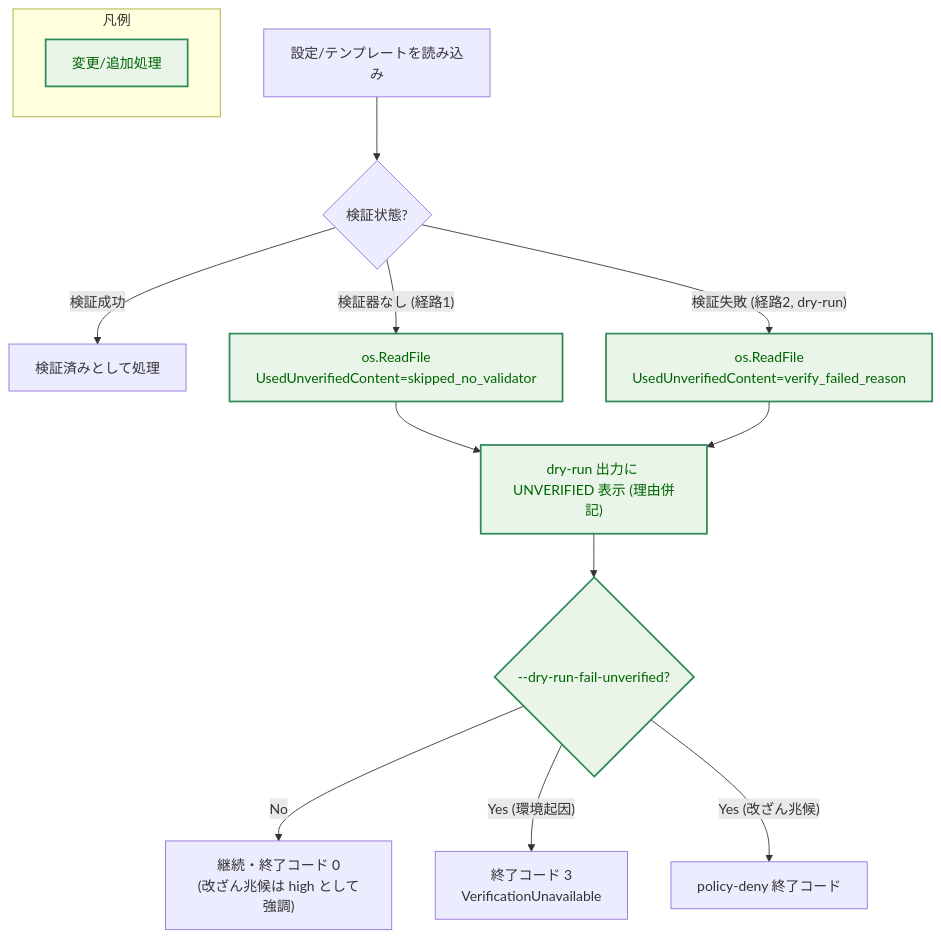
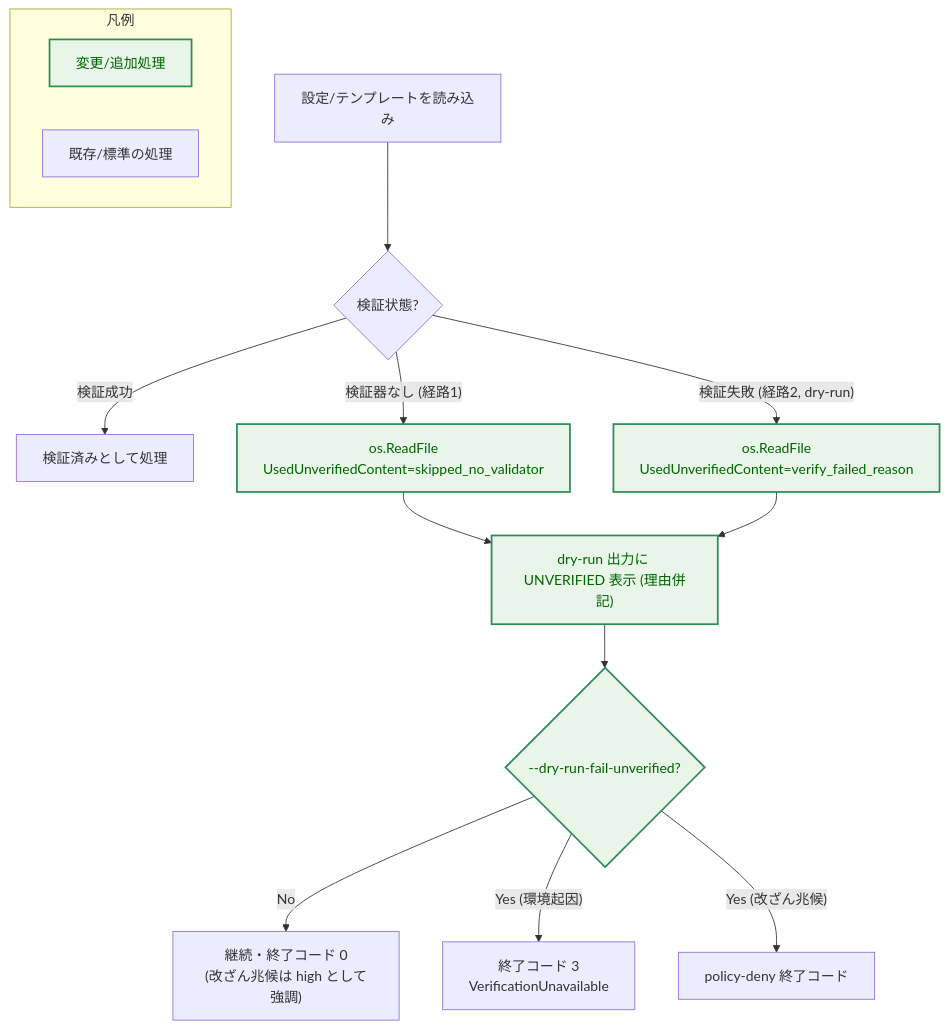
Before and after one commit to isseis/go-safe-cmd-runner: the eighth of 8 diagrams in docs/tasks/0146_security_hardning/02_architecture.md, drawn with Mermaid. The commit also changed other lines of this file, not shown here.

First line of the commit message:
docs(0146): resolve fail-safe/fail-closed conflict and add Mermaid legend entries

````diff
--- a/docs/tasks/0146_security_hardning/02_architecture.md
+++ b/docs/tasks/0146_security_hardning/02_architecture.md
@@ -702,21 +707,22 @@
 ```mermaid
 flowchart TD
     classDef enhanced fill:#e8f5e8,stroke:#2e8b57,stroke-width:2px,color:#006400;
 
     V["設定/テンプレートを読み込み"] --> Path{"検証状態?"}
     Path -->|"検証成功"| Use["検証済みとして処理"]
     Path -->|"検証器なし (経路1)"| FB1["os.ReadFile<br>UsedUnverifiedContent=skipped_no_validator"]
     Path -->|"検証失敗 (経路2, dry-run)"| FB2["os.ReadFile<br>UsedUnverifiedContent=verify_failed_reason"]
     FB1 --> Mark["dry-run 出力に UNVERIFIED 表示 (理由併記)"]
     FB2 --> Mark
     Mark --> Flag{"--dry-run-fail-unverified?"}
     Flag -->|"No"| Zero["継続・終了コード 0<br>(改ざん兆候は high として強調)"]
     Flag -->|"Yes (環境起因)"| E3["終了コード 3<br>VerificationUnavailable"]
     Flag -->|"Yes (改ざん兆候)"| ED["policy-deny 終了コード"]
 
     class FB1,FB2,Mark,Flag enhanced
 
     subgraph Legend["凡例"]
         LE["変更/追加処理"]:::enhanced
+        LD["既存/標準の処理"]
     end
 ```
````
